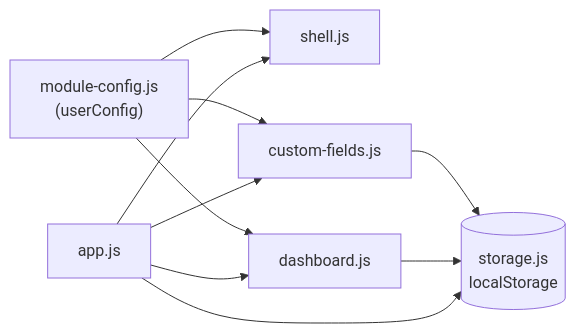
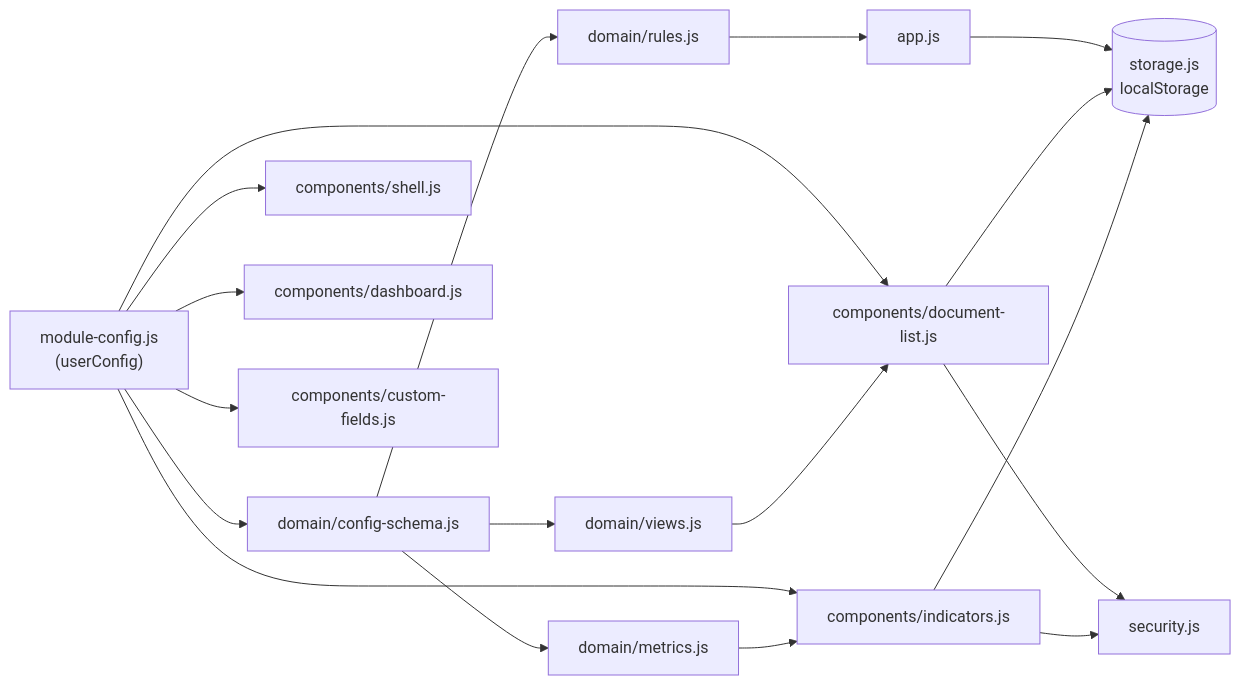
Before and after one commit to MDS-BI/Grupo-07: the diagram in specs/001-erp-base-module/plan.md, drawn with Mermaid. The commit also changed other lines of this file and 72 other files, not shown here.

````diff
--- a/specs/001-erp-base-module/plan.md
+++ b/specs/001-erp-base-module/plan.md
@@ -81,12 +106,20 @@
 ```mermaid
 flowchart LR
-    CFG["module-config.js<br/>(userConfig)"] --> SHELL["shell.js"]
-    CFG --> DASH["dashboard.js"]
-    CFG --> CF["custom-fields.js"]
-    CF --> ST[("storage.js<br/>localStorage")]
-    DASH --> ST
-    APP["app.js"] --> SHELL
-    APP --> DASH
-    APP --> CF
-    APP --> ST
+    CFG["module-config.js<br/>(userConfig)"] --> SCHEMA["domain/config-schema.js"]
+    CFG --> SHELL["components/shell.js"]
+    CFG --> DASH["components/dashboard.js"]
+    CFG --> CF["components/custom-fields.js"]
+    CFG --> DL["components/document-list.js"]
+    CFG --> IND["components/indicators.js"]
+    SCHEMA --> RULES["domain/rules.js"]
+    SCHEMA --> METRICS["domain/metrics.js"]
+    SCHEMA --> VIEWS["domain/views.js"]
+    RULES --> APP["app.js"]
+    METRICS --> IND
+    VIEWS --> DL
+    DL --> SEC["security.js"]
+    IND --> SEC
+    APP --> ST[("storage.js<br/>localStorage")]
+    DL --> ST
+    IND --> ST
 ```
````
